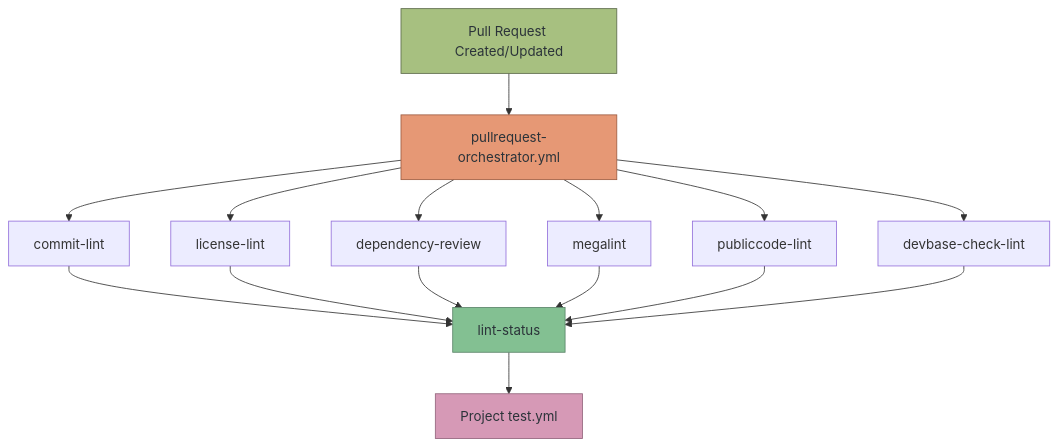
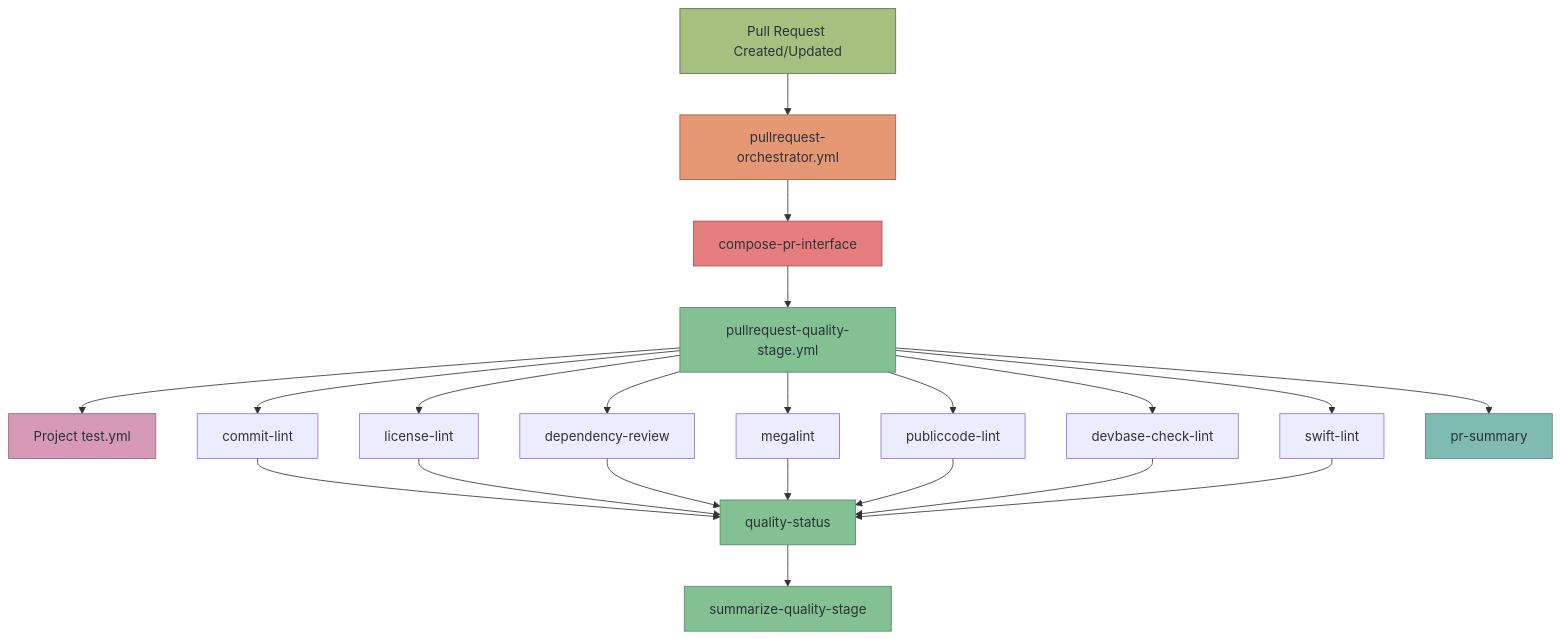
One commit to diggsweden/reusable-ci changed the first of 7 diagrams in docs/workflows.md. Above: the diagram before and after it, drawn with Mermaid. The commit also changed other lines of this file and 237 other files, not shown here.

````diff
--- a/docs/workflows.md
+++ b/docs/workflows.md
@@ -11,22 +25,33 @@
 ```mermaid
 graph TD
     A[Pull Request Created/Updated] --> B[pullrequest-orchestrator.yml]
-    B --> C[commit-lint]
-    B --> D[license-lint]
-    B --> E[dependency-review]
-    B --> F[megalint]
-    B --> G[publiccode-lint]
-    B --> K[devbase-check-lint]
-    C --> H[lint-status]
-    D --> H
-    E --> H
-    F --> H
-    G --> H
-    K --> H
-    H --> I[Project test.yml]
+    B --> C[compose-pr-interface]
+    C --> D[pullrequest-quality-stage.yml]
+    D --> E[Project test.yml]
+
+    D --> F[commit-lint]
+    D --> G[license-lint]
+    D --> H[dependency-review]
+    D --> I[megalint]
+    D --> J[publiccode-lint]
+    D --> K[devbase-check-lint]
+    D --> L[swift-lint]
+    F --> M[quality-status]
+    G --> M
+    H --> M
+    I --> M
+    J --> M
+    K --> M
+    L --> M
+    M --> N[summarize-quality-stage]
+    D --> O[pr-summary]
 
     style A fill:#a7c080,stroke:#5c6a4a,color:#2b3339
     style B fill:#e69875,stroke:#9d5c41,color:#2b3339
-    style H fill:#83c092,stroke:#5c856a,color:#2b3339
-    style I fill:#d699b6,stroke:#93647c,color:#2b3339
+    style C fill:#e67e80,stroke:#9d4f50,color:#2b3339
+    style D fill:#83c092,stroke:#5c856a,color:#2b3339
+    style E fill:#d699b6,stroke:#93647c,color:#2b3339
+    style M fill:#83c092,stroke:#5c856a,color:#2b3339
+    style N fill:#83c092,stroke:#5c856a,color:#2b3339
+    style O fill:#7fbbb3,stroke:#5a8a82,color:#2b3339
 ```
````
